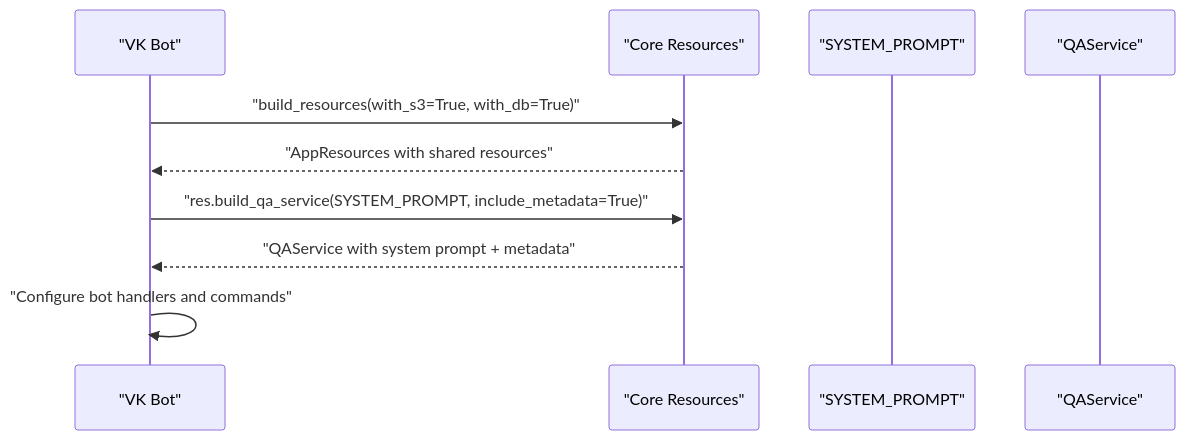
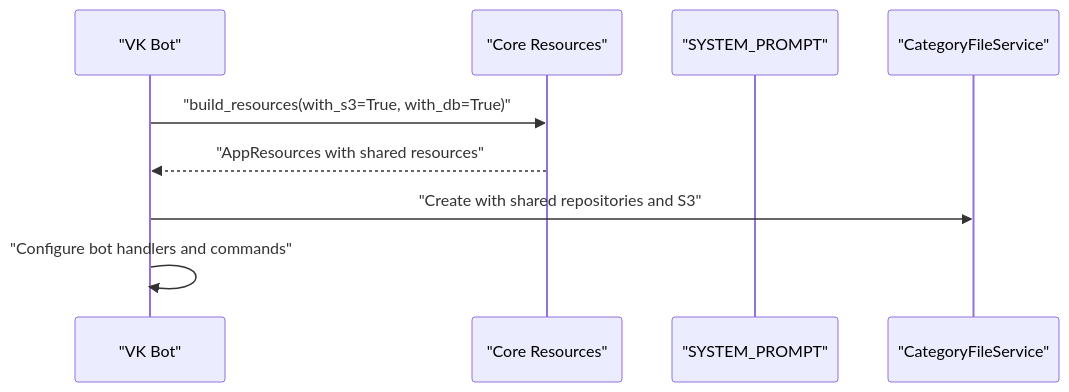
The seventh of 8 diagrams in .qoder/repowiki/en/content/API Reference/Resource Management System.md (ognelis/cafetera_hr_bot), drawn with Mermaid before and after one commit. The commit also changed other lines of this file and 69 other files, not shown here.

````diff
--- a/.qoder/repowiki/en/content/API Reference/Resource Management System.md
+++ b/.qoder/repowiki/en/content/API Reference/Resource Management System.md
@@ -425,12 +346,11 @@
 ```mermaid
 sequenceDiagram
 participant VK as "VK Bot"
 participant Core as "Core Resources"
 participant Prompt as "SYSTEM_PROMPT"
-participant QA as "QAService"
+participant CFS as "CategoryFileService"
 VK->>Core : "build_resources(with_s3=True, with_db=True)"
 Core-->>VK : "AppResources with shared resources"
-VK->>Core : "res.build_qa_service(SYSTEM_PROMPT, include_metadata=True)"
-Core-->>VK : "QAService with system prompt + metadata"
+VK->>CFS : "Create with shared repositories and S3"
 VK->>VK : "Configure bot handlers and commands"
 ```
````
